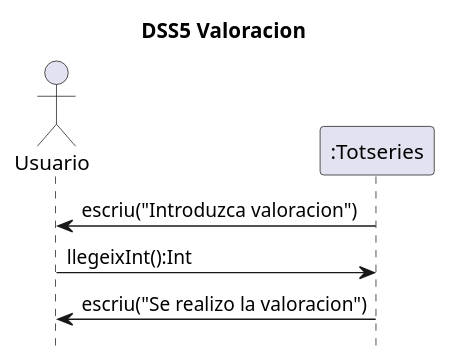
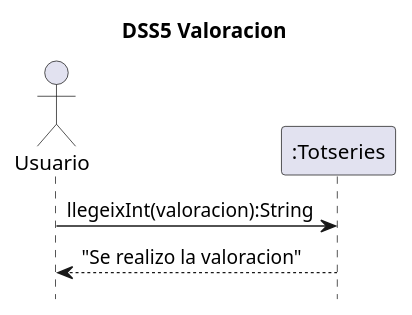
One commit to MrViciao/TotSeries changed the diagram in src/totseries/Uml/Sistema/DSS5 Valoracion.puml. Above: the diagram before and after it, drawn with PlantUML. The commit also changed 7 other files, not shown here.

```diff
--- a/src/totseries/Uml/Sistema/DSS5 Valoracion.puml
+++ b/src/totseries/Uml/Sistema/DSS5 Valoracion.puml
@@ -1,13 +1,13 @@
 @startuml
 title	DSS5 Valoracion	
 hide	footbox
 
 actor	Usuario	as	user
 participant ":Totseries" as Totseries
 
-Totseries -> user: escriu("Introduzca valoracion")
-user -> Totseries: llegeixInt():Int
-Totseries -> user: escriu("Se realizo la valoracion")
+'Totseries -> user: escriu("Introduzca valoracion")
+user -> Totseries: llegeixInt(valoracion):String
+Totseries --> user: "Se realizo la valoracion"
 
 
 @enduml
```
